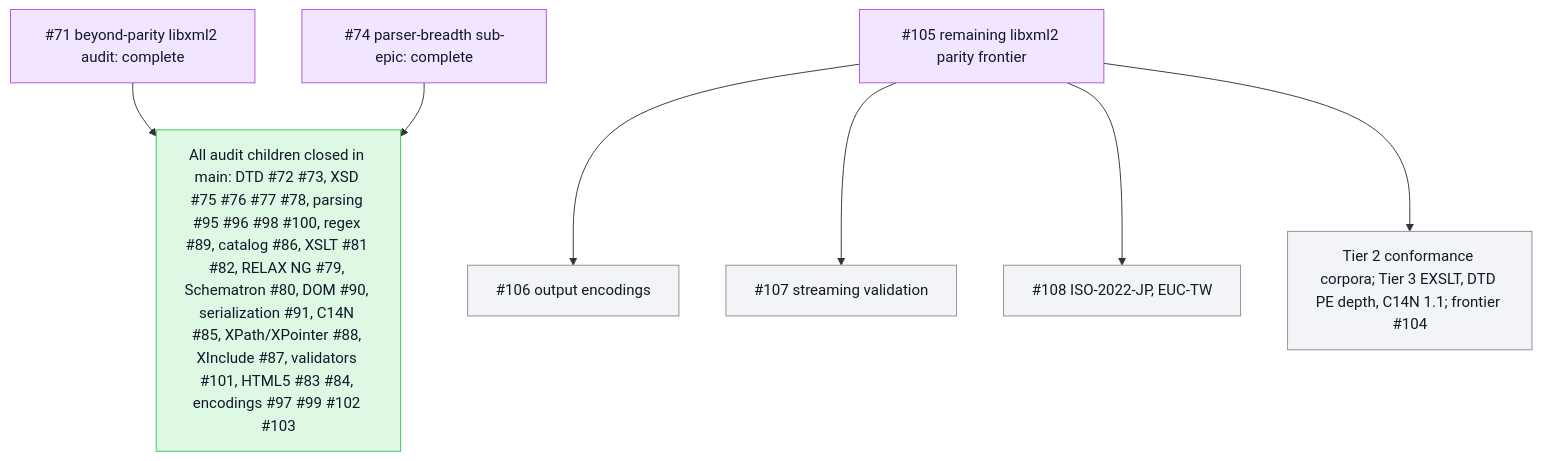
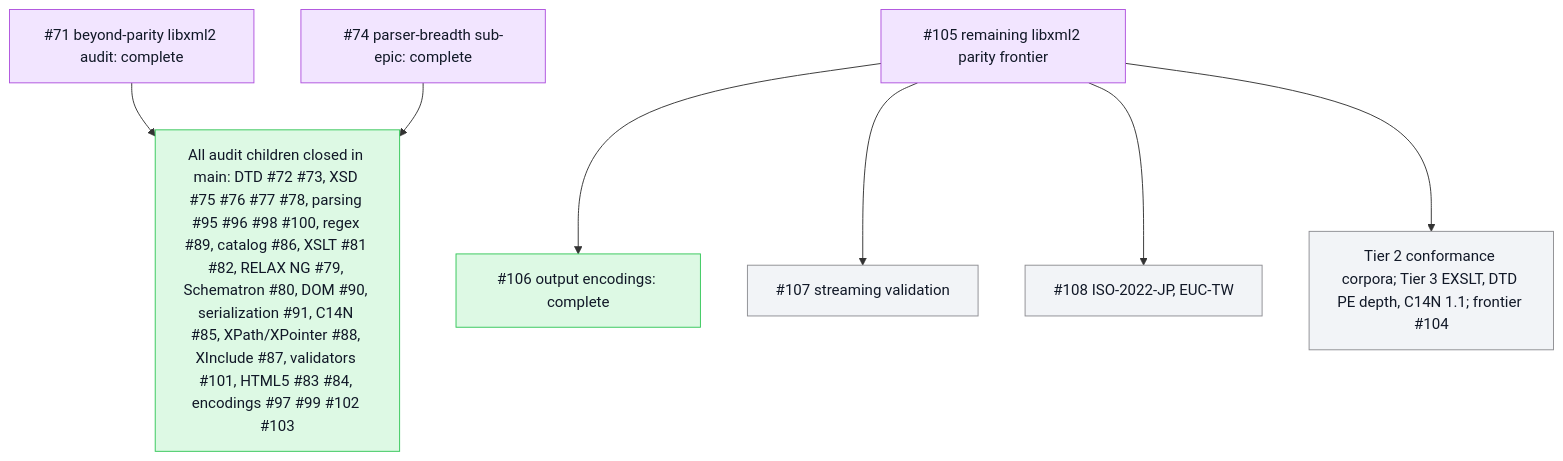
Before and after one commit to mihaelamj/PureXML: the second of 2 diagrams in README.md, drawn with Mermaid.

Commit message:
docs(roadmap): mark output encodings (#106) complete

````diff
--- a/README.md
+++ b/README.md
@@ -76,21 +76,21 @@
 ```mermaid
 flowchart TB
   classDef done fill:#ddf9e4,stroke:#34c759,color:#111827
   classDef review fill:#fff7d6,stroke:#ffcc00,color:#111827
   classDef epic fill:#f2e5ff,stroke:#af52de,color:#111827
   classDef todo fill:#f2f4f7,stroke:#8e8e93,color:#111827
   Epic71["#71 beyond-parity libxml2 audit: complete"]:::epic
   Epic74["#74 parser-breadth sub-epic: complete"]:::epic
   Done["All audit children closed in main: DTD #72 #73, XSD #75 #76 #77 #78, parsing #95 #96 #98 #100, regex #89, catalog #86, XSLT #81 #82, RELAX NG #79, Schematron #80, DOM #90, serialization #91, C14N #85, XPath/XPointer #88, XInclude #87, validators #101, HTML5 #83 #84, encodings #97 #99 #102 #103"]:::done
   Epic71 --> Done
   Epic74 --> Done
   Epic105["#105 remaining libxml2 parity frontier"]:::epic
-  OutEnc["#106 output encodings"]:::todo
+  OutEnc["#106 output encodings: complete"]:::done
   StreamVal["#107 streaming validation"]:::todo
   MoreEnc["#108 ISO-2022-JP, EUC-TW"]:::todo
   Depth["Tier 2 conformance corpora; Tier 3 EXSLT, DTD PE depth, C14N 1.1; frontier #104"]:::todo
   Epic105 --> OutEnc
   Epic105 --> StreamVal
   Epic105 --> MoreEnc
   Epic105 --> Depth
 ```
````
